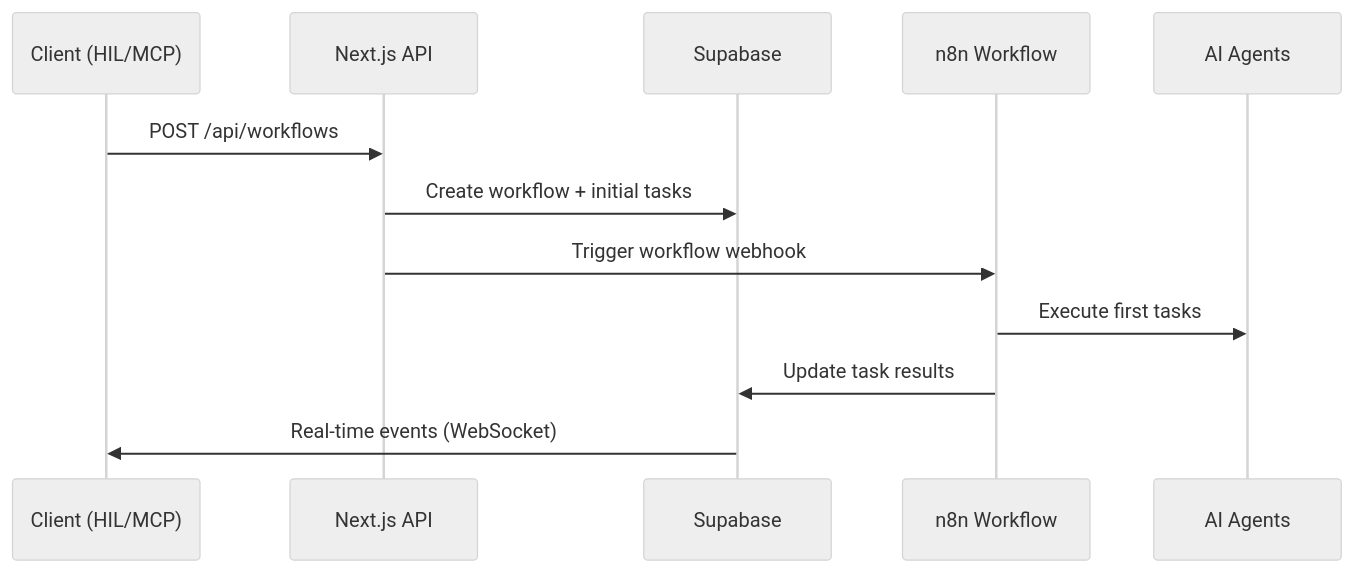
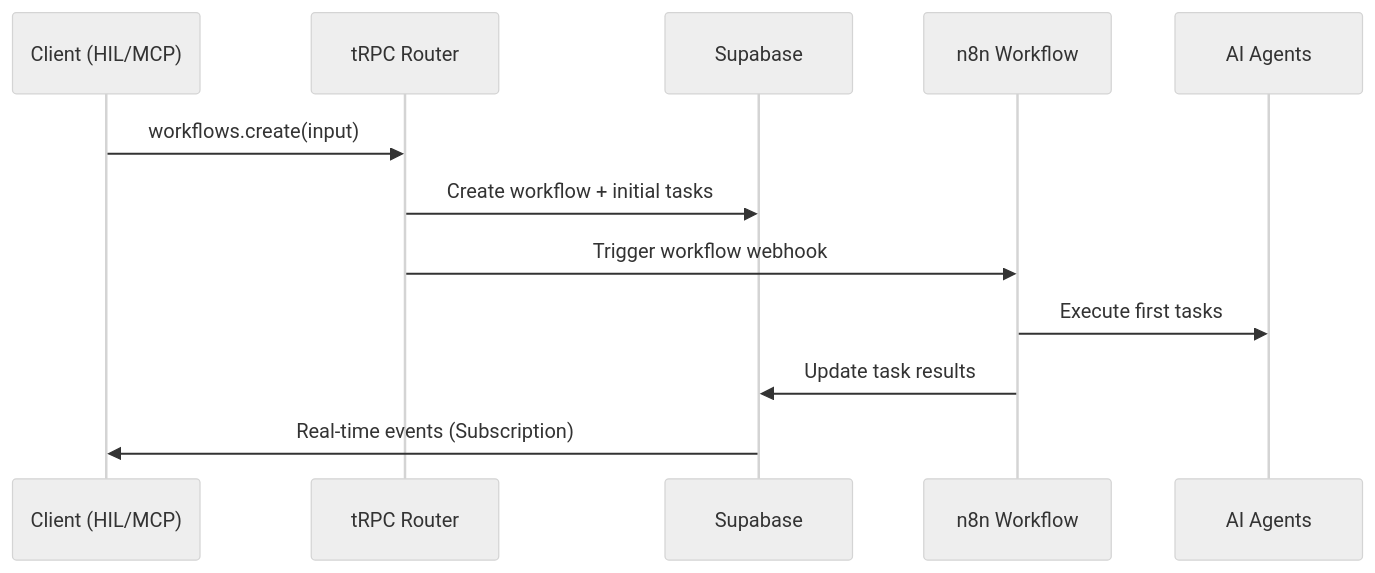
The second of 3 diagrams in docs/03_API_SPECIFICATIONS.md (InspectHOA/rexera2), drawn with Mermaid (neutral theme) before and after one commit. The commit also changed other lines of this file and 17 other files, not shown here.

Commit message:
Add console logging to auth flow for debugging OAuth issues

````diff
--- a/docs/03_API_SPECIFICATIONS.md
+++ b/docs/03_API_SPECIFICATIONS.md
@@ -106,15 +106,15 @@
 ```mermaid
 sequenceDiagram
     participant Client as Client (HIL/MCP)
-    participant API as Next.js API
+    participant tRPC as tRPC Router
     participant DB as Supabase
     participant N8N as n8n Workflow
     participant Agents as AI Agents
 
-    Client->>API: POST /api/workflows
-    API->>DB: Create workflow + initial tasks
-    API->>N8N: Trigger workflow webhook
+    Client->>tRPC: workflows.create(input)
+    tRPC->>DB: Create workflow + initial tasks
+    tRPC->>N8N: Trigger workflow webhook
     N8N->>Agents: Execute first tasks
     N8N->>DB: Update task results
-    DB->>Client: Real-time events (WebSocket)
+    DB->>Client: Real-time events (Subscription)
 ```
````
